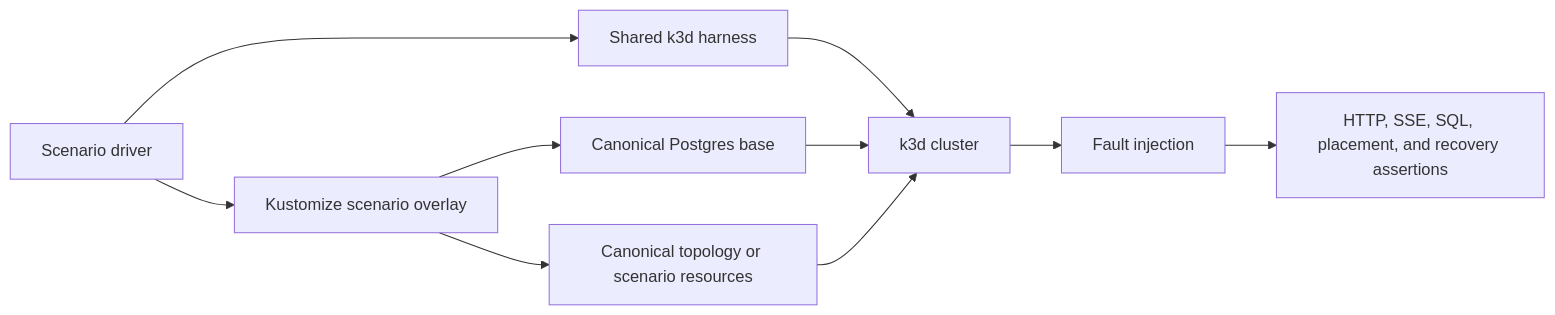
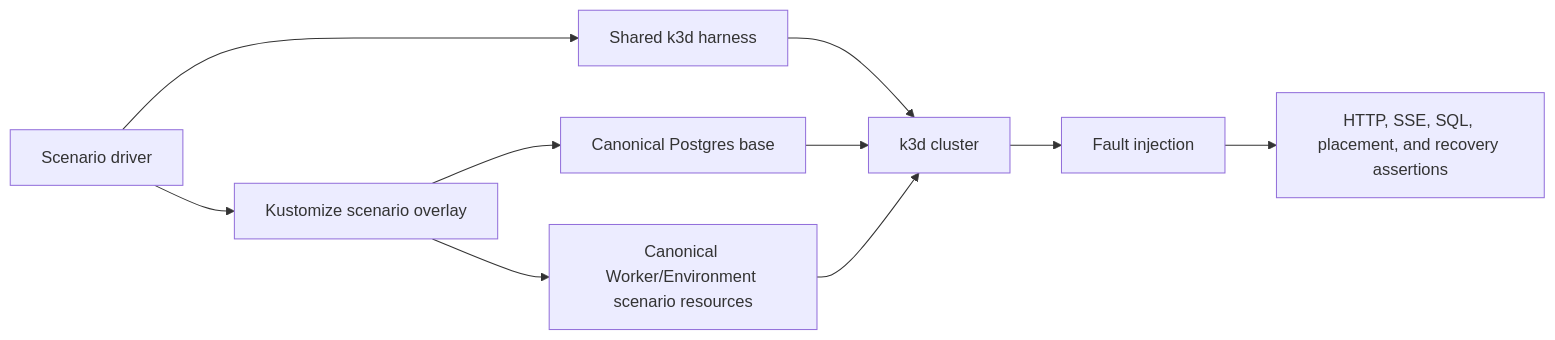
The diagram in deploy/k3d/README.md (awakenworks/awaken), drawn with Mermaid before and after one commit. The commit also changed other lines of this file and 129 other files, not shown here.

````diff
--- a/deploy/k3d/README.md
+++ b/deploy/k3d/README.md
@@ -29,12 +26,12 @@
 ```mermaid
 flowchart LR
     D[Scenario driver] --> H[Shared k3d harness]
     H --> C[k3d cluster]
     D --> K[Kustomize scenario overlay]
     K --> P[Canonical Postgres base]
-    K --> T[Canonical topology or scenario resources]
+    K --> T[Canonical Worker/Environment scenario resources]
     P --> C
     T --> C
     C --> F[Fault injection]
     F --> A[HTTP, SSE, SQL, placement, and recovery assertions]
 ```
````
